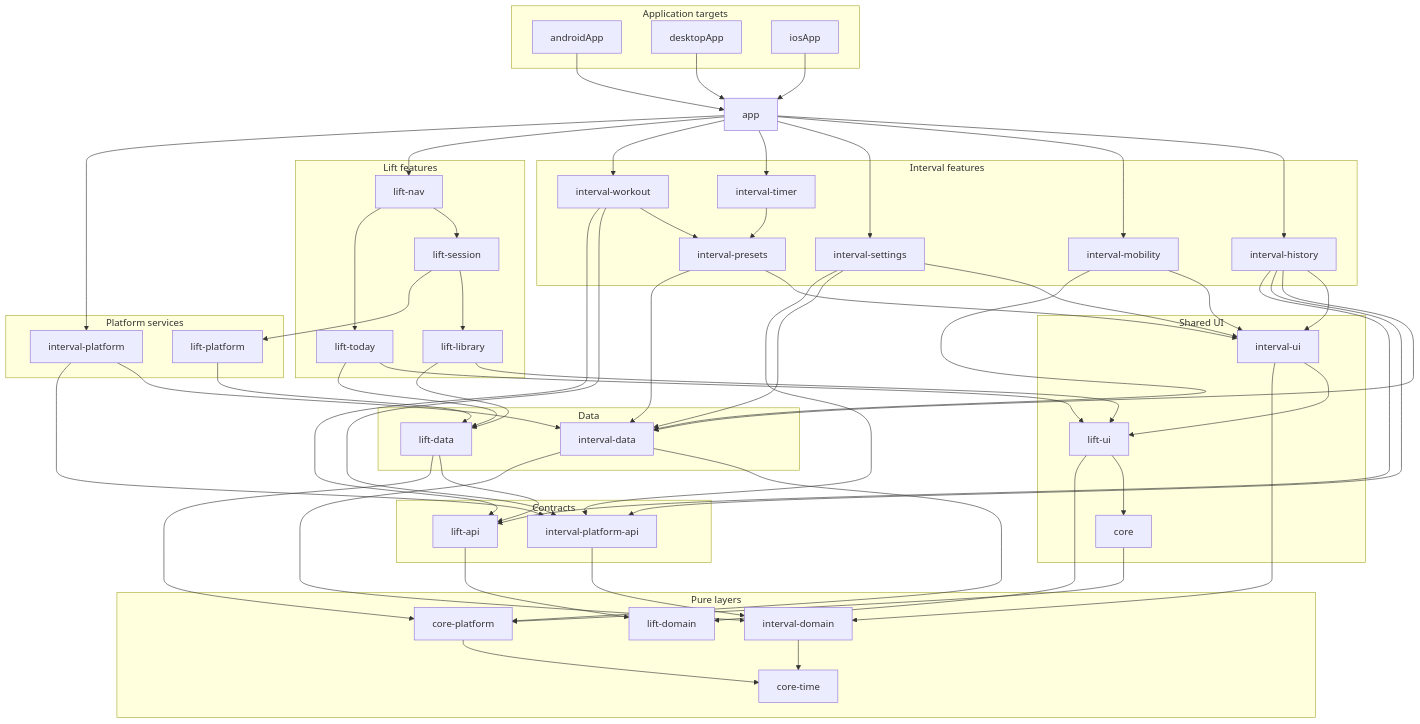
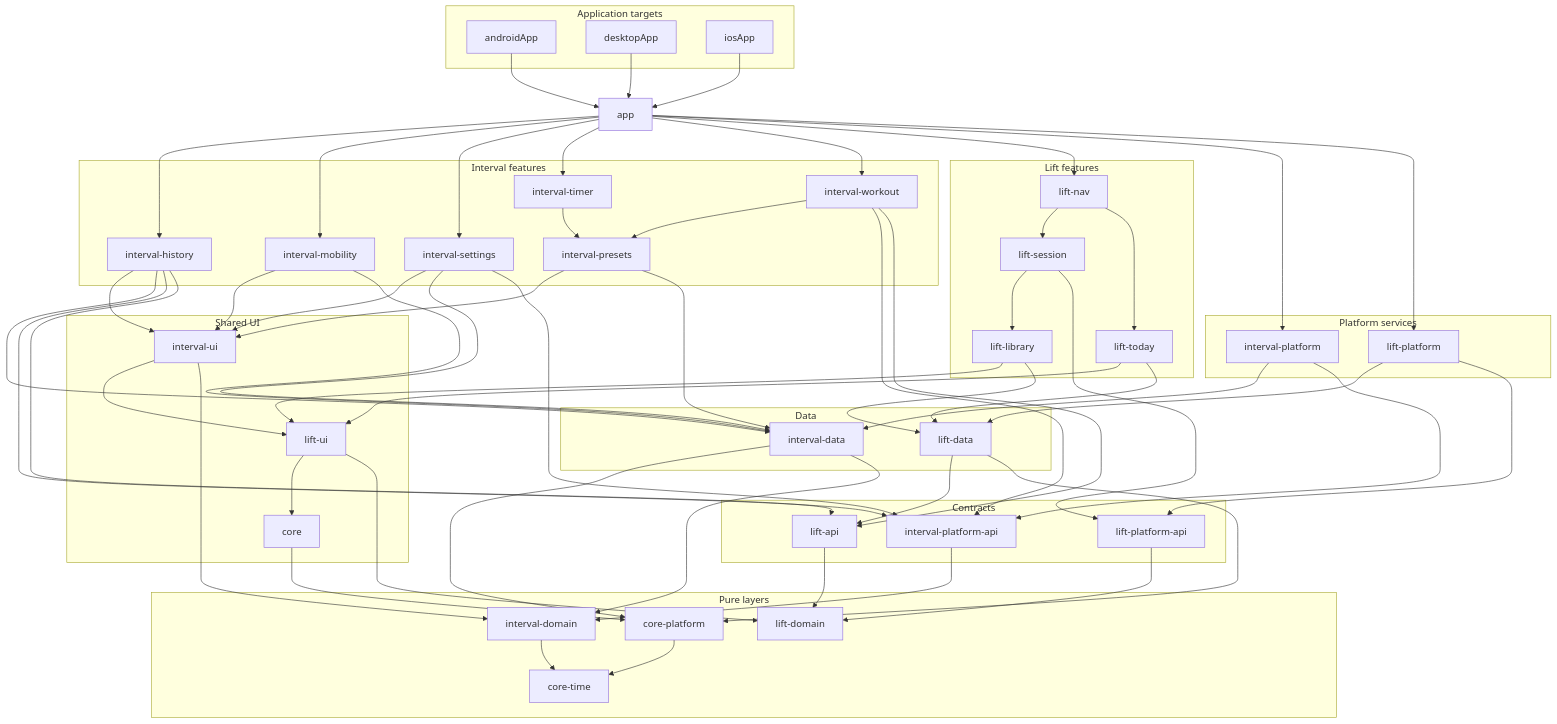
The first of 2 diagrams in docs/architecture.md (smithjustinn84-netizen/interval), drawn with Mermaid before and after one commit. The commit also changed other lines of this file and 14 other files, not shown here.

```diff
--- a/docs/architecture.md
+++ b/docs/architecture.md
@@ -66,6 +66,7 @@
     subgraph contracts ["Contracts"]
         intervalPlatformApi["interval-platform-api"]
         liftApi["lift-api"]
+        liftPlatformApi["lift-platform-api"]
     end
 
     subgraph pureLayers ["Pure layers"]
@@ -86,6 +87,7 @@
     app --> intervalWorkout
     app --> liftNav
     app --> intervalPlatform
+    app --> liftPlatform
 
     intervalHistory --> intervalUi
     intervalHistory --> intervalData
@@ -108,7 +110,7 @@
     liftNav --> liftSession
     liftNav --> liftToday
     liftSession --> liftLibrary
-    liftSession --> liftPlatform
+    liftSession --> liftPlatformApi
     liftToday --> liftUi
     liftToday --> liftData
 
@@ -121,6 +123,7 @@
     intervalPlatform --> intervalData
     intervalPlatform --> intervalPlatformApi
     liftPlatform --> liftData
+    liftPlatform --> liftPlatformApi
 
     intervalData --> corePlatform
     intervalData --> intervalDomain
@@ -129,6 +132,7 @@
 
     intervalPlatformApi --> intervalDomain
     liftApi --> liftDomain
+    liftPlatformApi --> liftDomain
 
     corePlatform --> coreTime
     intervalDomain --> coreTime
```
